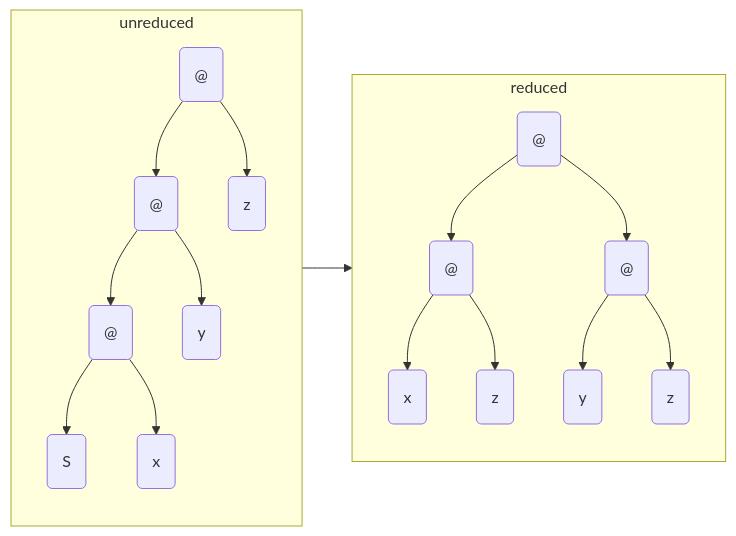
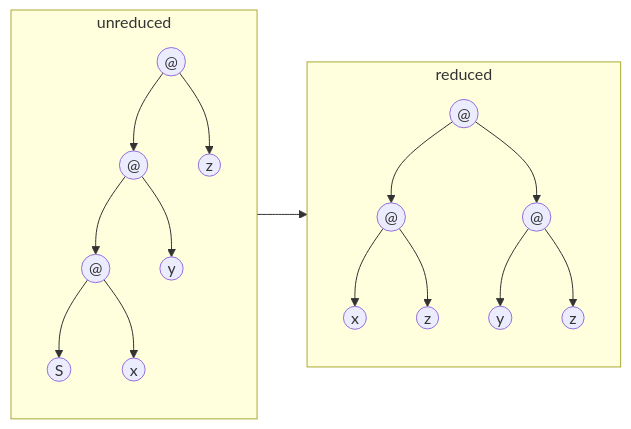
One commit to Juemuren/graph-reduction-machine changed the fifth of 5 diagrams in examples/ski/README.md. Above: the diagram before and after it, drawn with Mermaid. The commit also changed other lines of this file, not shown here.

Commit message:
examples: 修改 Mermaid 图为圆形节点

````diff
--- a/examples/ski/README.md
+++ b/examples/ski/README.md
@@ -175,36 +175,36 @@
 ```mermaid
 flowchart LR
     subgraph U["unreduced"]
-        u0("@")
-        u1("@")
-        u2("z")
-        u3("@")
-        u4("y")
-        u5("S")
-        u6("x")
+        u0(("@"))
+        u1(("@"))
+        u2(("z"))
+        u3(("@"))
+        u4(("y"))
+        u5(("S"))
+        u6(("x"))
         u0 --> u1
         u0 --> u2
         u1 --> u3
         u1 --> u4
         u3 --> u5
         u3 --> u6
     end
 
     subgraph R["reduced"]
-        r0("@")
-        r1("@")
-        r2("@")
-        r3("x")
-        r4("z")
-        r5("y")
-        r6("z")
+        r0(("@"))
+        r1(("@"))
+        r2(("@"))
+        r3(("x"))
+        r4(("z"))
+        r5(("y"))
+        r6(("z"))
         r0 --> r1
         r0 --> r2
         r1 --> r3
         r1 --> r4
         r2 --> r5
         r2 --> r6
     end
 
     U --> R
 ```
````
